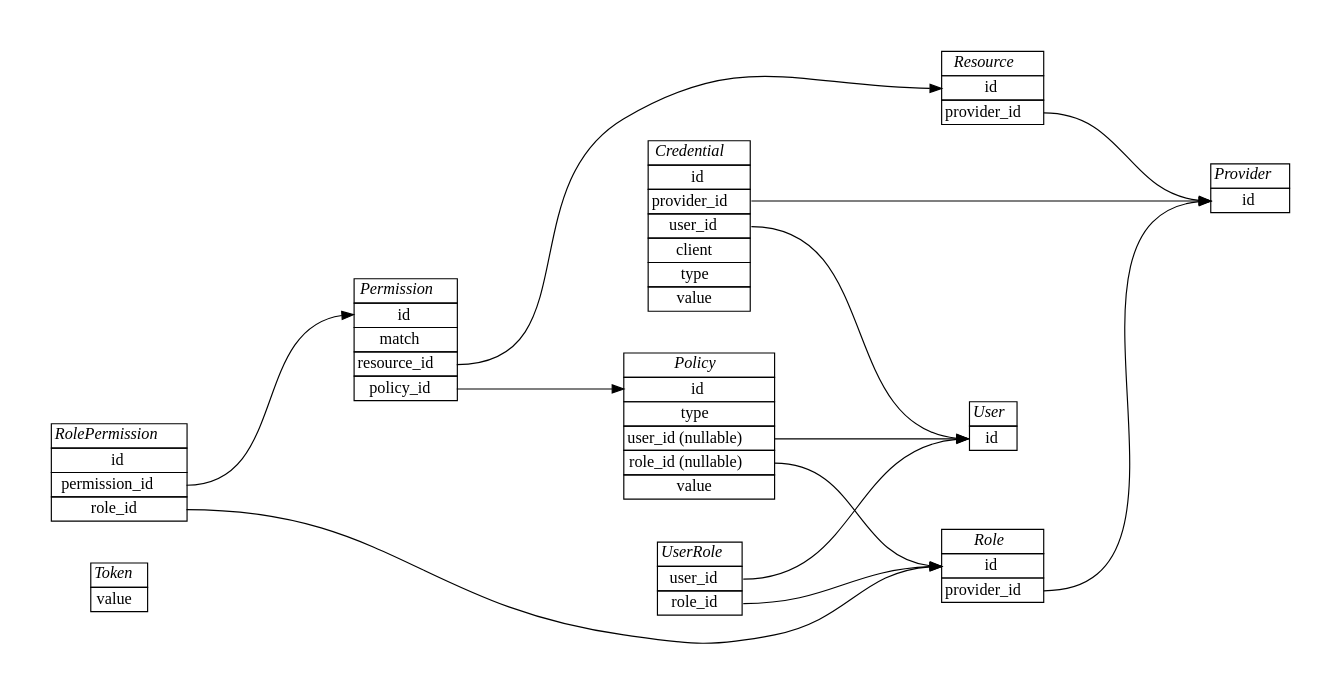
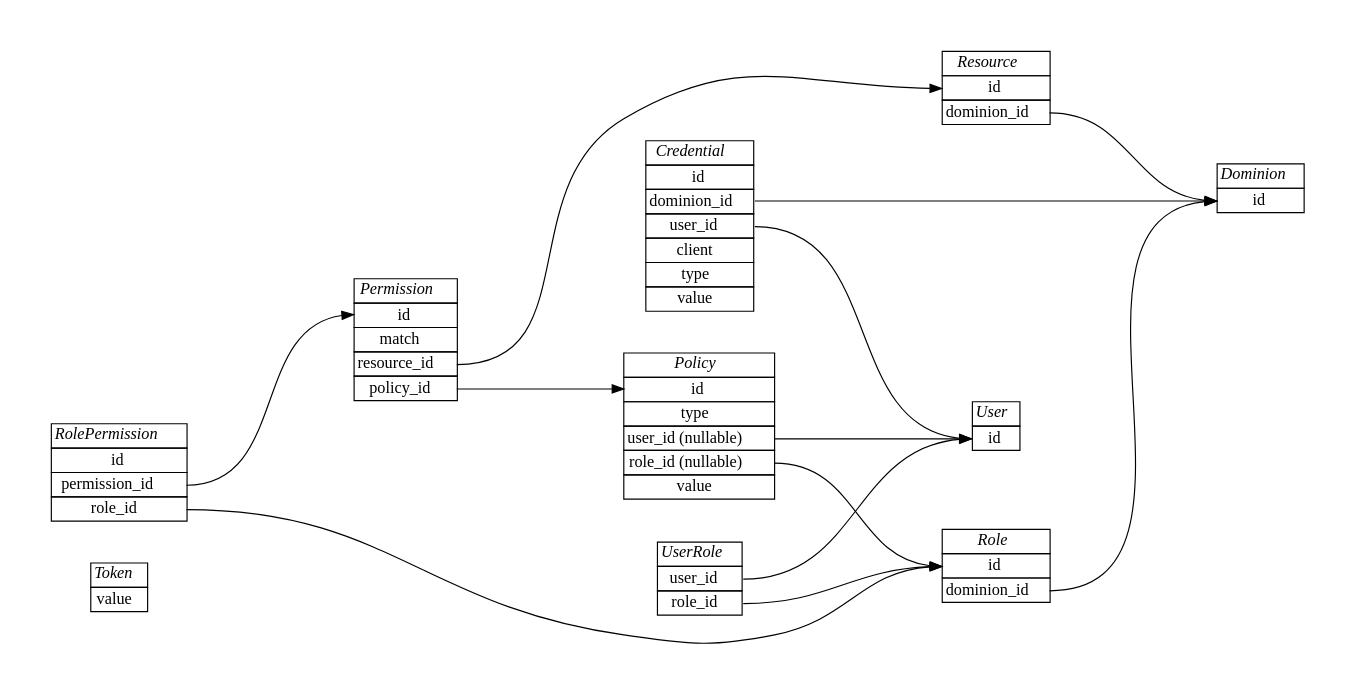
The diagram in docs/architecture/domain.rst (knowark/authark), drawn with Graphviz before and after one commit. The commit also changed other lines of this file, not shown here.

Commit message:
Rename provider to dominion

```diff
--- a/docs/architecture/domain.rst
+++ b/docs/architecture/domain.rst
@@ -36,7 +36,7 @@
     <table border="0" cellborder="1" cellspacing="0">
     <tr><td><i>Credential</i></td></tr>
     <tr><td port="id">id</td></tr>
-    <tr><td port="provider_id">provider_id</td></tr>
+    <tr><td port="dominion_id">dominion_id</td></tr>
     <tr><td port="user_id">user_id</td></tr>
     <tr><td port="client">client</td></tr>
     <tr><td port="type">type</td></tr>
@@ -47,12 +47,12 @@
     <table border="0" cellborder="1" cellspacing="0">
     <tr><td><i>Role</i></td></tr>
     <tr><td port="id">id</td></tr>
-    <tr><td port="provider_id">provider_id</td></tr>
+    <tr><td port="dominion_id">dominion_id</td></tr>
     </table>>];
 
-    Provider [label=<
+    Dominion [label=<
     <table border="0" cellborder="1" cellspacing="0">
-    <tr><td><i>Provider</i></td></tr>
+    <tr><td><i>Dominion</i></td></tr>
     <tr><td port="id">id</td></tr>
     </table>>];
 
@@ -60,7 +60,7 @@
     <table border="0" cellborder="1" cellspacing="0">
     <tr><td><i>Resource</i></td></tr>
     <tr><td port="id">id</td></tr>
-    <tr><td port="provider_id">provider_id</td></tr>
+    <tr><td port="dominion_id">dominion_id</td></tr>
     </table>>];
 
     Policy [label=<
@@ -93,10 +93,10 @@
 
     UserRole:user_id -> User:id;
     UserRole:role_id -> Role:id;
-    Credential:provider_id ->  Provider:id;
+    Credential:dominion_id ->  Dominion:id;
     Credential:user_id -> User:id;
-    Role:provider_id -> Provider:id;
-    Resource:provider_id -> Provider:id;
+    Role:dominion_id -> Dominion:id;
+    Resource:dominion_id -> Dominion:id;
     Permission:resource_id -> Resource:id; 
     Permission:policy_id -> Policy:id;
     RolePermission:role_id -> Role:id;
```
